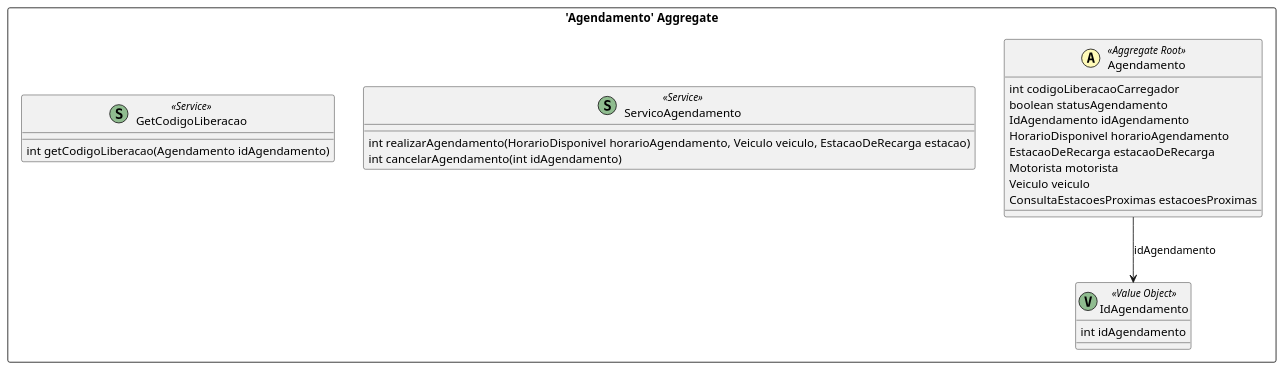
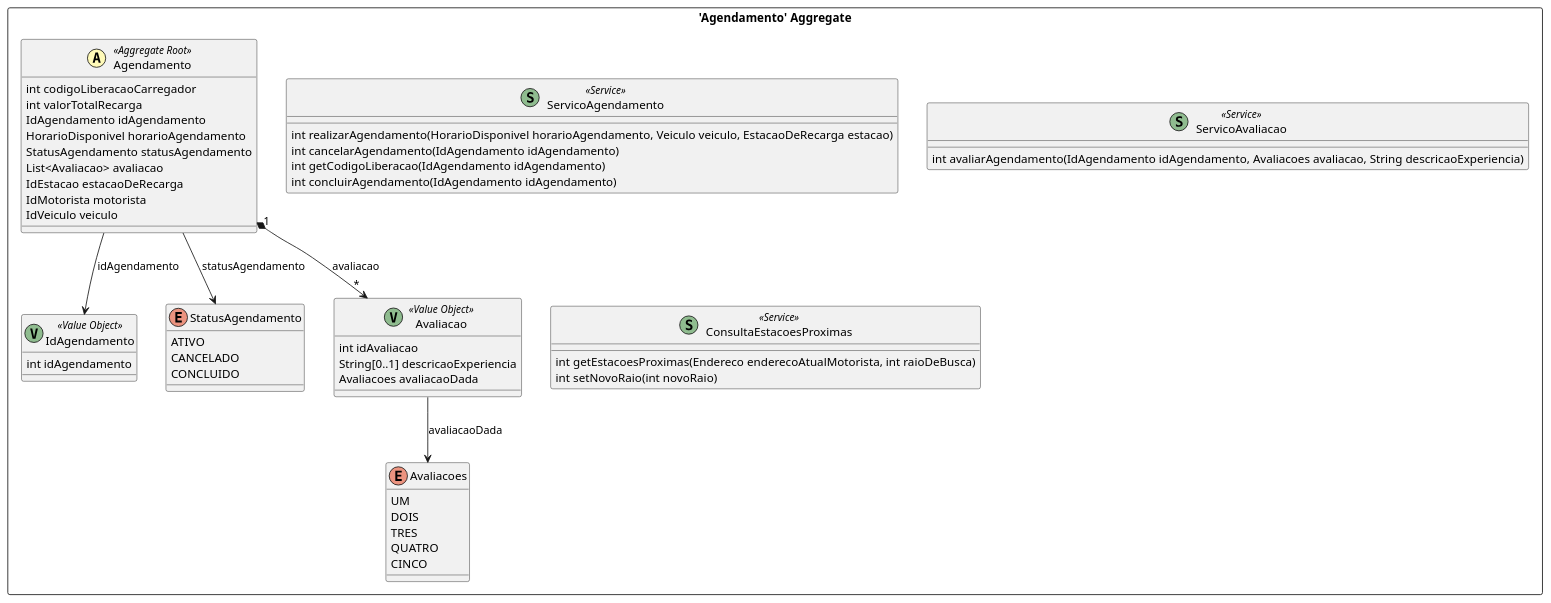
One commit to diegopluna/fds2 changed the diagram in src-gen/model_BC_RealizacaoDeRecargaContext_Agendamento.puml. Above: the diagram before and after it, drawn with PlantUML. The commit also changed 17 other files, not shown here.

```diff
--- a/src-gen/model_BC_RealizacaoDeRecargaContext_Agendamento.puml
+++ b/src-gen/model_BC_RealizacaoDeRecargaContext_Agendamento.puml
@@ -1,30 +1,57 @@
 @startuml
 
 skinparam componentStyle uml2
 
 package "'Agendamento' Aggregate" <<Rectangle>> {
 	class Agendamento <<(A,#fffab8) Aggregate Root>> {
 		int codigoLiberacaoCarregador
-		boolean statusAgendamento
+		int valorTotalRecarga
 		IdAgendamento idAgendamento
 		HorarioDisponivel horarioAgendamento
-		EstacaoDeRecarga estacaoDeRecarga
-		Motorista motorista
-		Veiculo veiculo
-		ConsultaEstacoesProximas estacoesProximas
+		StatusAgendamento statusAgendamento
+		List<Avaliacao> avaliacao
+		IdEstacao estacaoDeRecarga
+		IdMotorista motorista
+		IdVeiculo veiculo
 	}
 	class IdAgendamento <<(V,DarkSeaGreen) Value Object>> {
 		int idAgendamento
 	}
+	enum StatusAgendamento {
+		ATIVO
+		CANCELADO
+		CONCLUIDO
+	}
+	class Avaliacao <<(V,DarkSeaGreen) Value Object>> {
+		int idAvaliacao
+		String[0..1] descricaoExperiencia
+		Avaliacoes avaliacaoDada
+	}
+	enum Avaliacoes {
+		UM
+		DOIS
+		TRES
+		QUATRO
+		CINCO
+	}
 	class ServicoAgendamento <<(S,DarkSeaGreen) Service>> {
 		int realizarAgendamento(HorarioDisponivel horarioAgendamento, Veiculo veiculo, EstacaoDeRecarga estacao)
-		int cancelarAgendamento(int idAgendamento)
+		int cancelarAgendamento(IdAgendamento idAgendamento)
+		int getCodigoLiberacao(IdAgendamento idAgendamento)
+		int concluirAgendamento(IdAgendamento idAgendamento)
 	}
-	class GetCodigoLiberacao <<(S,DarkSeaGreen) Service>> {
-		int getCodigoLiberacao(Agendamento idAgendamento)
+	class ServicoAvaliacao <<(S,DarkSeaGreen) Service>> {
+		int avaliarAgendamento(IdAgendamento idAgendamento, Avaliacoes avaliacao, String descricaoExperiencia)
+	}
+	class ConsultaEstacoesProximas <<(S,DarkSeaGreen) Service>> {
+		int getEstacoesProximas(Endereco enderecoAtualMotorista, int raioDeBusca)
+		int setNovoRaio(int novoRaio)
 	}
 }
 Agendamento --> IdAgendamento : idAgendamento
+Avaliacao --> Avaliacoes : avaliacaoDada
+Agendamento --> StatusAgendamento : statusAgendamento
+Agendamento "1" *--> "*" Avaliacao : avaliacao
 
 
 @enduml
```
